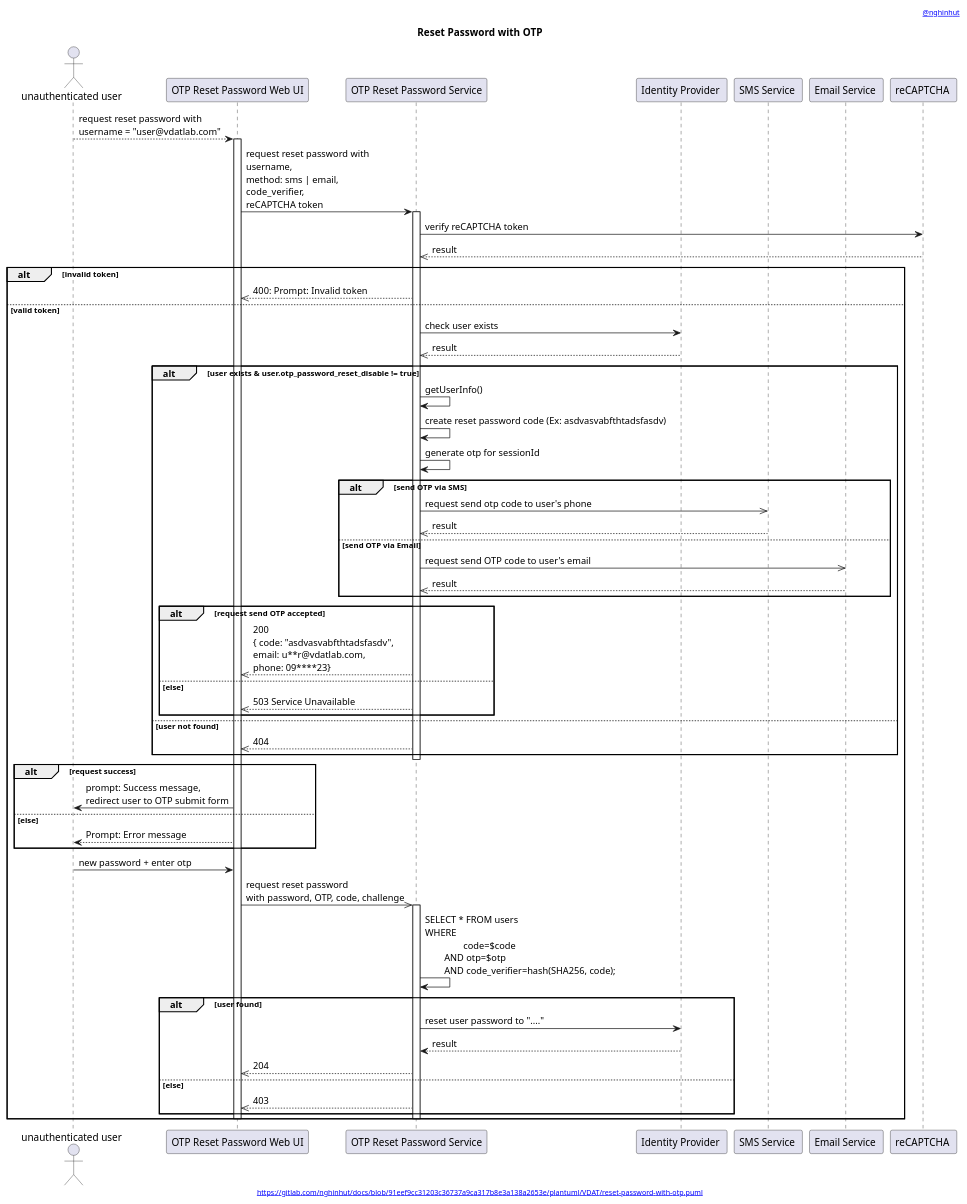
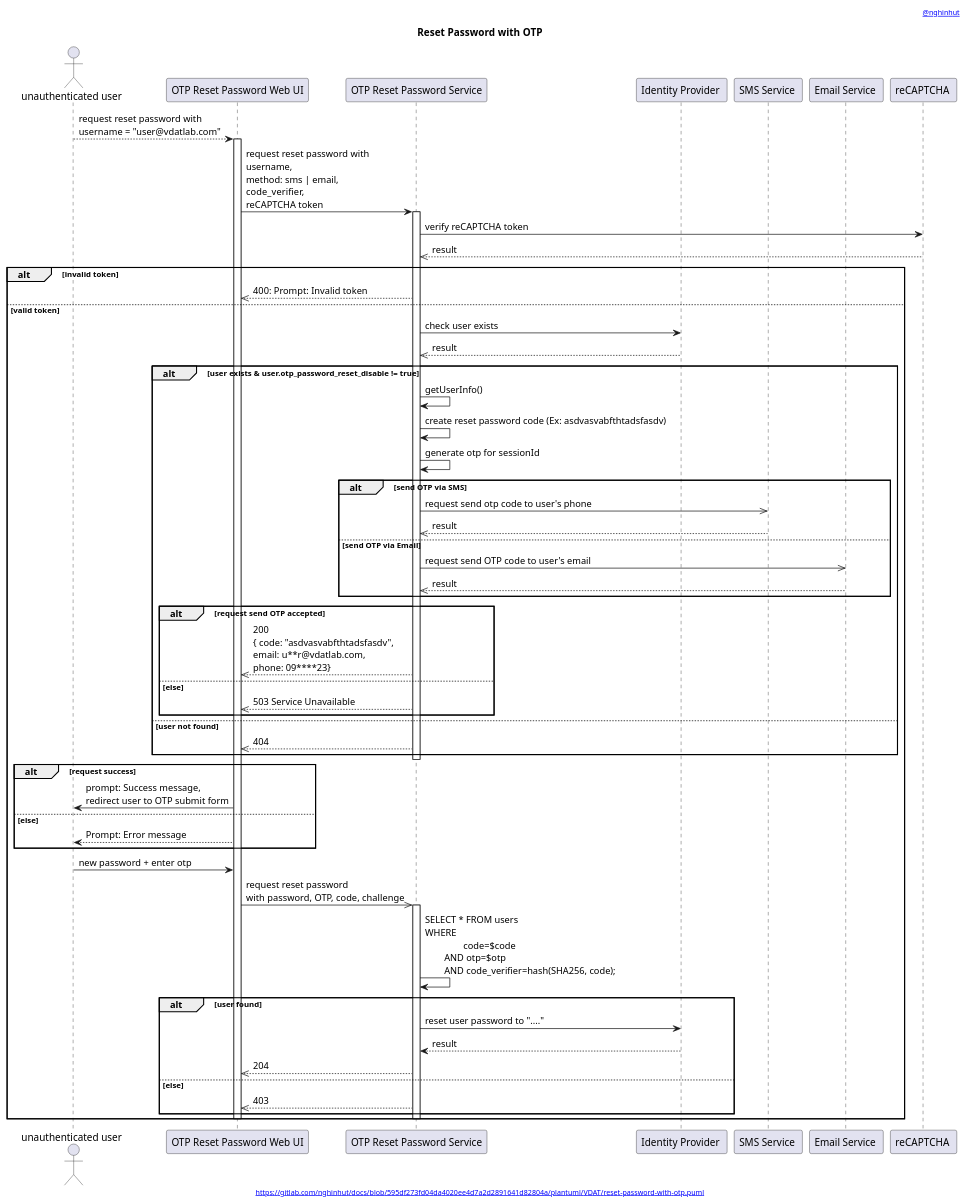
One commit to nghinhut/docs changed the diagram in plantuml/VDAT/reset-password-with-otp.seq.puml. Above: the diagram before and after it, drawn with PlantUML. The commit also changed 24 other files, not shown here.

Commit message:
docs(plantuml): update headers

```diff
--- a/plantuml/VDAT/reset-password-with-otp.seq.puml
+++ b/plantuml/VDAT/reset-password-with-otp.seq.puml
@@ -1,71 +1,71 @@
 @startuml
 '-----START auto generated metadata please keep comment here to allow auto update-----
 '-----DON'T EDIT THIS SECTION, INSTEAD RE-RUN prebuild.sh TO UPDATE-----
-header [[https://www.nghinhut.dev?from=http%5C%3A%5C%2F%5C%2Fwww%5C.plantuml%5C.com%5C%2Fplantuml%5C%2Fproxy%3Ffmt%3Dsvg%5C%26src%3Dhttps%5C%3A%5C%2F%5C%2Fgitlab%5C.com%5C%2Fnghinhut%5C%2Fdocs%5C%2Fraw%5C%2F91eef9cc31203c36737a9ca317b8e3a138a2653e%5C%2Fplantuml%5C%2FVDAT%5C%2Freset-password-with-otp%5C.puml%0A @nghinhut]]
-footer [[http://www.plantuml.com/plantuml/proxy?fmt=svg&src=https://gitlab.com/nghinhut/docs/raw/91eef9cc31203c36737a9ca317b8e3a138a2653e/plantuml/VDAT/reset-password-with-otp.puml https://gitlab.com/nghinhut/docs/blob/91eef9cc31203c36737a9ca317b8e3a138a2653e/plantuml/VDAT/reset-password-with-otp.puml]]
+header [[https://www.nghinhut.dev?from=http%5C%3A%5C%2F%5C%2Fwww%5C.plantuml%5C.com%5C%2Fplantuml%5C%2Fproxy%3Ffmt%3Dsvg%5C%26src%3Dhttps%5C%3A%5C%2F%5C%2Fgitlab%5C.com%5C%2Fnghinhut%5C%2Fdocs%5C%2Fraw%5C%2F595df273fd04da4020ee4d7a2d2891641d82804a%5C%2Fplantuml%5C%2FVDAT%5C%2Freset-password-with-otp%5C.puml%0A @nghinhut]]
+footer [[http://www.plantuml.com/plantuml/proxy?fmt=svg&src=https://gitlab.com/nghinhut/docs/raw/595df273fd04da4020ee4d7a2d2891641d82804a/plantuml/VDAT/reset-password-with-otp.puml https://gitlab.com/nghinhut/docs/blob/595df273fd04da4020ee4d7a2d2891641d82804a/plantuml/VDAT/reset-password-with-otp.puml]]
 '-----END auto generated metadata please keep comment here to allow auto update-----
 title Reset Password with OTP
 
 actor "unauthenticated user" as rp
 participant "OTP Reset Password Web UI" as client
 participant "OTP Reset Password Service" as rs
 participant "Identity Provider " as idp
 participant "SMS Service " as sms
 participant "Email Service " as email
 participant "reCAPTCHA " as rc
 
 rp --> client : request reset password with\nusername = "user@vdatlab.com"
 activate client
 client -> rs : request reset password with\nusername,\nmethod: sms | email,\ncode_verifier,\nreCAPTCHA token
 activate rs
 rs -> rc : verify reCAPTCHA token
 rs <<-- rc : result
 alt invalid token
 client <<-- rs : 400: Prompt: Invalid token
 else valid token
 rs -> idp : check user exists
 rs <<-- idp : result
 
 alt user exists & user.otp_password_reset_disable != true
     rs -> rs : getUserInfo()
     rs -> rs : create reset password code (Ex: asdvasvabfthtadsfasdv)
     rs -> rs : generate otp for sessionId
     alt send OTP via SMS
         rs ->> sms : request send otp code to user's phone
         rs <<-- sms : result
     else send OTP via Email
         rs ->> email : request send OTP code to user's email
         rs <<-- email : result
     end
     alt request send OTP accepted
         client <<-- rs : 200\n{ code: "asdvasvabfthtadsfasdv",\nemail: u**r@vdatlab.com,\nphone: 09****23}
     else else
         client <<-- rs : 503 Service Unavailable
     end
 else user not found
     client <<-- rs : 404
 end
 deactivate rs
 
 alt request success
     rp <- client : prompt: Success message,\nredirect user to OTP submit form
 else else
     rp <-- client : Prompt: Error message
 end
 
 rp -> client : new password + enter otp
 client ->> rs : request reset password\nwith password, OTP, code, challenge
 activate rs
     rs -> rs : SELECT * FROM users\nWHERE\n\t\tcode=$code\n\tAND otp=$otp\n\tAND code_verifier=hash(SHA256, code);
     alt user found
         rs -> idp : reset user password to "...."
         rs <-- idp : result
         client <<-- rs : 204
     else else
         client <<-- rs : 403
     end
 deactivate rs
 
 deactivate client
 end
 @enduml
```
